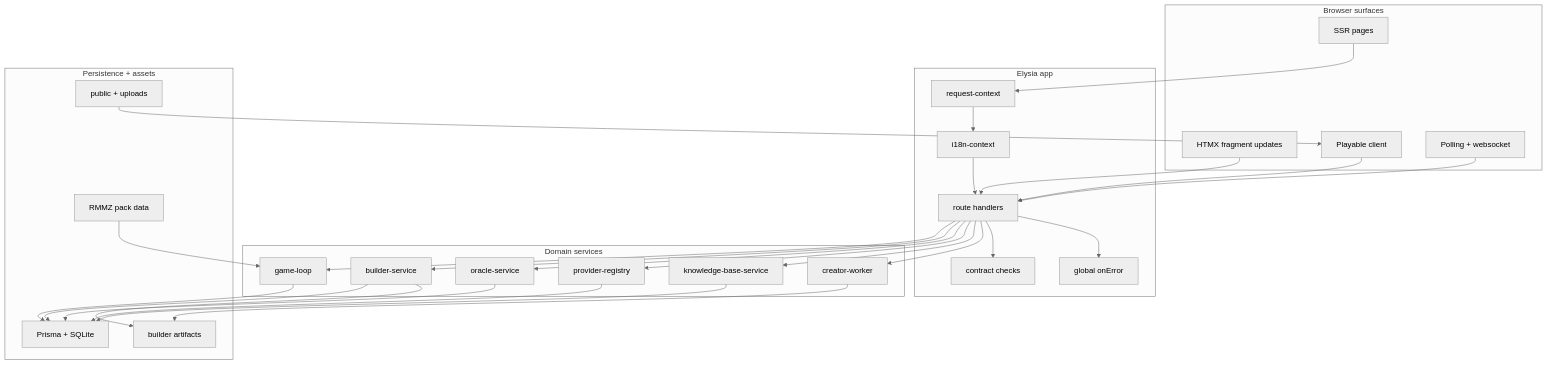
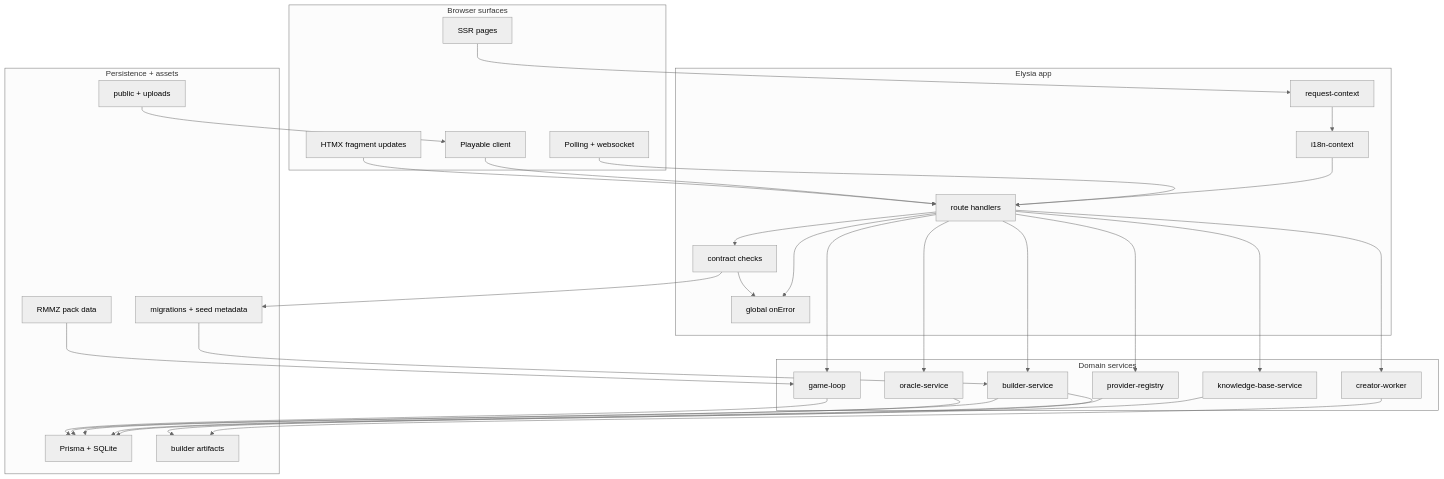
The first of 14 diagrams in README.md (d4551/tea), drawn with Mermaid (neutral theme) before and after one commit. The commit also changed other lines of this file and 2 other files, not shown here.

Commit message:
docs: refresh README presentation and sync archive metadata

````diff
--- a/README.md
+++ b/README.md
@@ -83,57 +104,60 @@
 ```mermaid
 flowchart TB
   subgraph Browser["Browser surfaces"]
     B_Page["SSR pages"]
     B_Frag["HTMX fragment updates"]
     B_Game["Playable client"]
     B_Transport["Polling + websocket"]
   end
 
   subgraph App["Elysia app"]
     A_Ctx["request-context"]
     A_I18n["i18n-context"]
     A_Route["route handlers"]
     A_Contract["contract checks"]
     A_Error["global onError"]
   end
 
   subgraph Domain["Domain services"]
     D_Game["game-loop"]
     D_Builder["builder-service"]
     D_Oracle["oracle-service"]
     D_AI["provider-registry"]
     D_Knowledge["knowledge-base-service"]
     D_Worker["creator-worker"]
   end
 
   subgraph Data["Persistence + assets"]
     P_DB["Prisma + SQLite"]
     P_Assets["public + uploads"]
     P_Artifacts["builder artifacts"]
     P_Pack["RMMZ pack data"]
+    P_Audit["migrations + seed metadata"]
   end
 
   B_Page --> A_Ctx
   B_Frag --> A_Route
   B_Game --> A_Route
   B_Transport --> A_Route
   A_Ctx --> A_I18n --> A_Route
   A_Route --> D_Game
   A_Route --> D_Builder
   A_Route --> D_Oracle
   A_Route --> D_AI
   A_Route --> D_Knowledge
   A_Route --> D_Worker
   A_Route --> A_Contract
+  A_Contract --> A_Error
   A_Route --> A_Error
 
   D_Game --> P_DB
   D_Builder --> P_DB
   D_Builder --> P_Artifacts
   D_Oracle --> P_DB
   D_AI --> P_DB
   D_Knowledge --> P_DB
   D_Worker --> P_Artifacts
+  A_Contract --> P_Audit --> D_Builder
   P_Assets --> B_Game
   P_Pack --> D_Game
 ```
````
